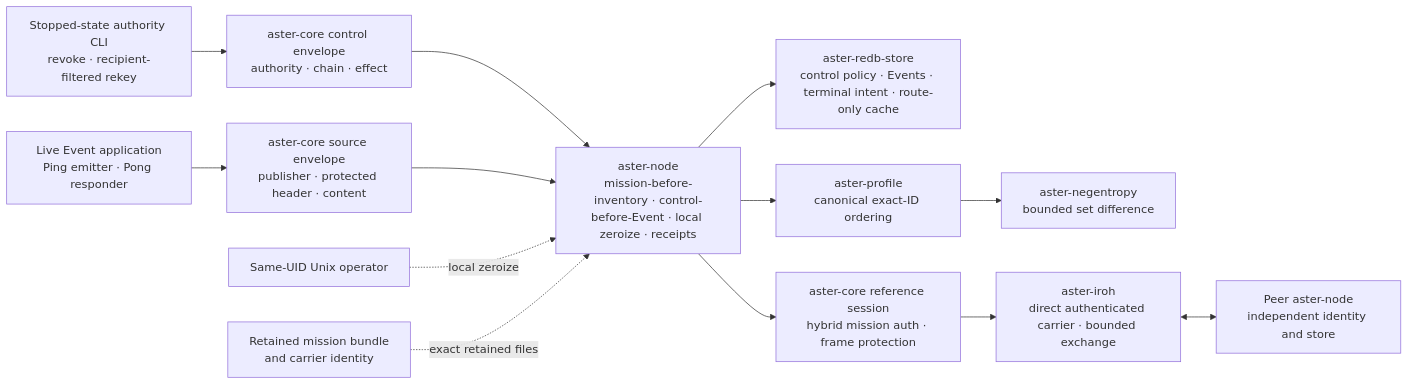
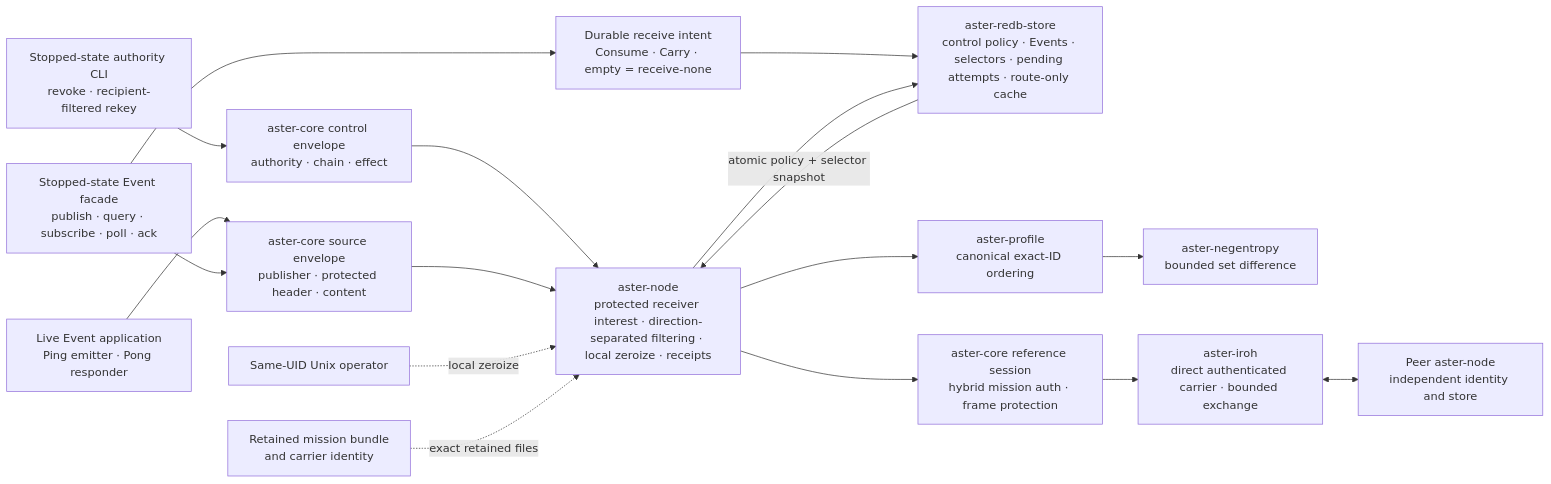
One commit to asirak-astertech/aster changed the first of 2 diagrams in docs/transports.md. Above: the diagram before and after it, drawn with Mermaid. The commit also changed other lines of this file and 24 other files, not shown here.

First line of the commit message:
feat(node): add durable Event subscriptions (#25)

````diff
--- a/docs/transports.md
+++ b/docs/transports.md
@@ -14,26 +14,31 @@
 ```mermaid
 flowchart LR
     App["Live Event application<br/>Ping emitter · Pong responder"]
+    Facade["Stopped-state Event facade<br/>publish · query · subscribe · poll · ack"]
+    Intent["Durable receive intent<br/>Consume · Carry · empty = receive-none"]
     Authority["Stopped-state authority CLI<br/>revoke · recipient-filtered rekey"]
     Operator["Same-UID Unix operator"]
     Artifacts["Retained mission bundle<br/>and carrier identity"]
     Control["aster-core control envelope<br/>authority · chain · effect"]
     Source["aster-core source envelope<br/>publisher · protected header · content"]
-    Node["aster-node<br/>mission-before-inventory · control-before-Event · local zeroize · receipts"]
-    Store["aster-redb-store<br/>control policy · Events · terminal intent · route-only cache"]
+    Node["aster-node<br/>protected receiver interest · direction-separated filtering · local zeroize · receipts"]
+    Store["aster-redb-store<br/>control policy · Events · selectors · pending attempts · route-only cache"]
     Profile["aster-profile<br/>canonical exact-ID ordering"]
     Diff["aster-negentropy<br/>bounded set difference"]
     Mission["aster-core reference session<br/>hybrid mission auth · frame protection"]
     Iroh["aster-iroh<br/>direct authenticated carrier · bounded exchange"]
     Peer["Peer aster-node<br/>independent identity and store"]
     App --> Source
+    Facade --> Source
+    Facade --> Intent --> Store
+    Store -->|"atomic policy + selector snapshot"| Node
     Authority --> Control
     Control --> Node
     Source --> Node
     Node --> Store
     Node --> Profile --> Diff
     Node --> Mission
     Mission --> Iroh <--> Peer
     Operator -. "local zeroize" .-> Node
     Artifacts -. "exact retained files" .-> Node
 ```
````
